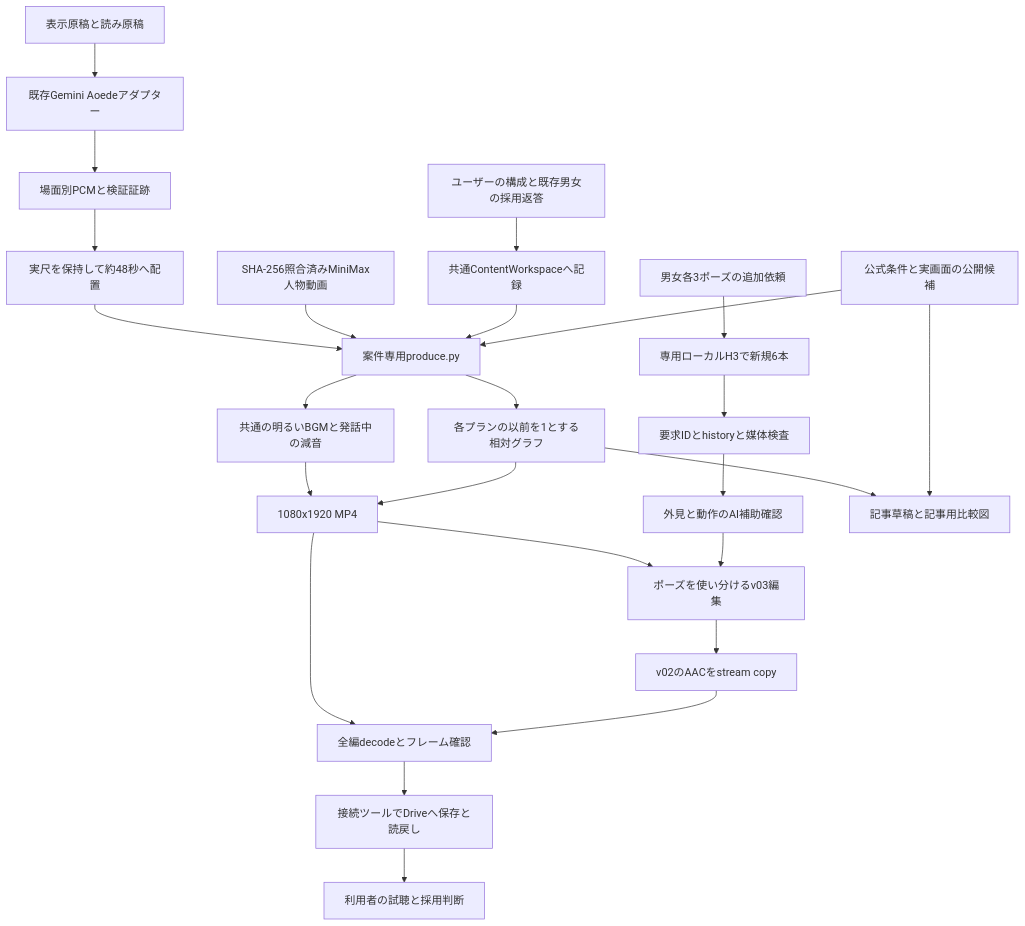
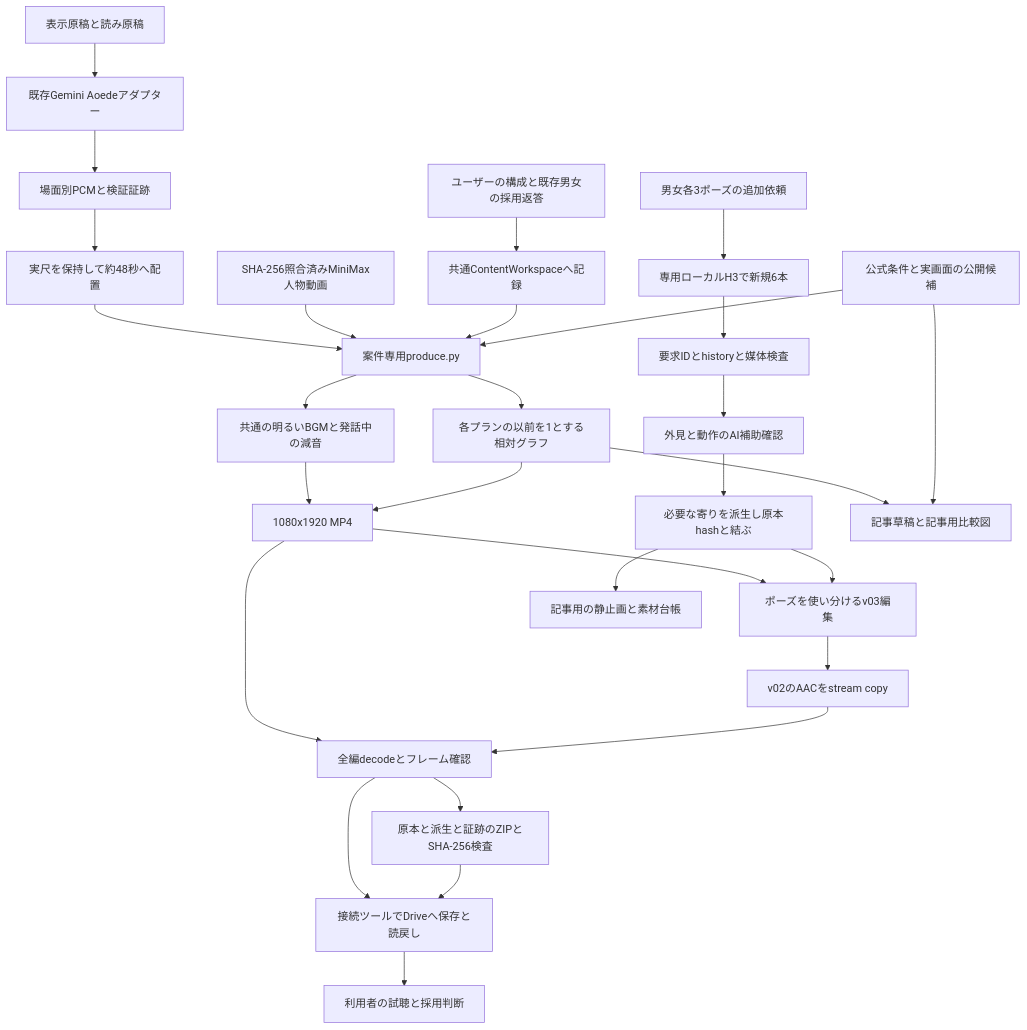
Before and after one commit to benriworks/MiniMax-H3: the diagram in productions/content-projects/CONTENT_20261030_chatgpt_pro_usage_news/ARCHITECTURE_DIAGRAM.md, drawn with Mermaid. The commit also changed 11 other files, not shown here.

````diff
--- a/productions/content-projects/CONTENT_20261030_chatgpt_pro_usage_news/ARCHITECTURE_DIAGRAM.md
+++ b/productions/content-projects/CONTENT_20261030_chatgpt_pro_usage_news/ARCHITECTURE_DIAGRAM.md
@@ -3,27 +3,31 @@
 ```mermaid
 flowchart TD
     Approval[ユーザーの構成と既存男女の採用返答] --> Workspace[共通ContentWorkspaceへ記録]
     Sources[公式条件と実画面の公開候補] --> Driver[案件専用produce.py]
     Workspace --> Driver
     OldMotion[SHA-256照合済みMiniMax人物動画] --> Driver
     PoseRequest[男女各3ポーズの追加依頼] --> LocalH3[専用ローカルH3で新規6本]
     LocalH3 --> PoseProof[要求IDとhistoryと媒体検査]
     PoseProof --> PoseReview[外見と動作のAI補助確認]
-    PoseReview --> Revision[ポーズを使い分けるv03編集]
+    PoseReview --> SafeDerivative[必要な寄りを派生し原本hashと結ぶ]
+    SafeDerivative --> Revision[ポーズを使い分けるv03編集]
+    SafeDerivative --> Stills[記事用の静止画と素材台帳]
     Video --> Revision
     Revision --> AudioCopy[v02のAACをstream copy]
     AudioCopy --> QC
+    QC --> Archive[原本と派生と証跡のZIPとSHA-256検査]
+    Archive --> Drive
     Transcript[表示原稿と読み原稿] --> TTS[既存Gemini Aoedeアダプター]
     TTS --> PCM[場面別PCMと検証証跡]
     PCM --> Timeline[実尺を保持して約48秒へ配置]
     Timeline --> Driver
     Driver --> Chart[各プランの以前を1とする相対グラフ]
     Driver --> Mix[共通の明るいBGMと発話中の減音]
     Chart --> Video[1080x1920 MP4]
     Mix --> Video
     Video --> QC[全編decodeとフレーム確認]
     QC --> Drive[接続ツールでDriveへ保存と読戻し]
     Drive --> Human[利用者の試聴と採用判断]
     Sources --> Article[記事草稿と記事用比較図]
     Chart --> Article
 ```
````
